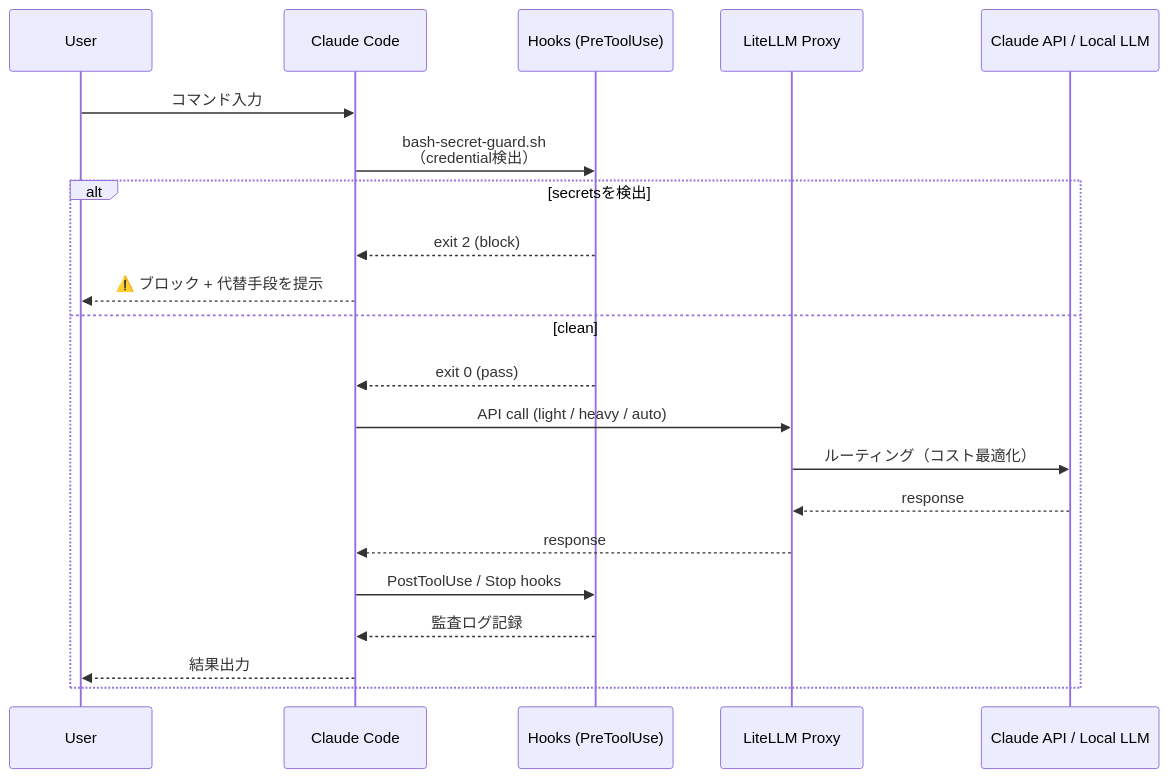
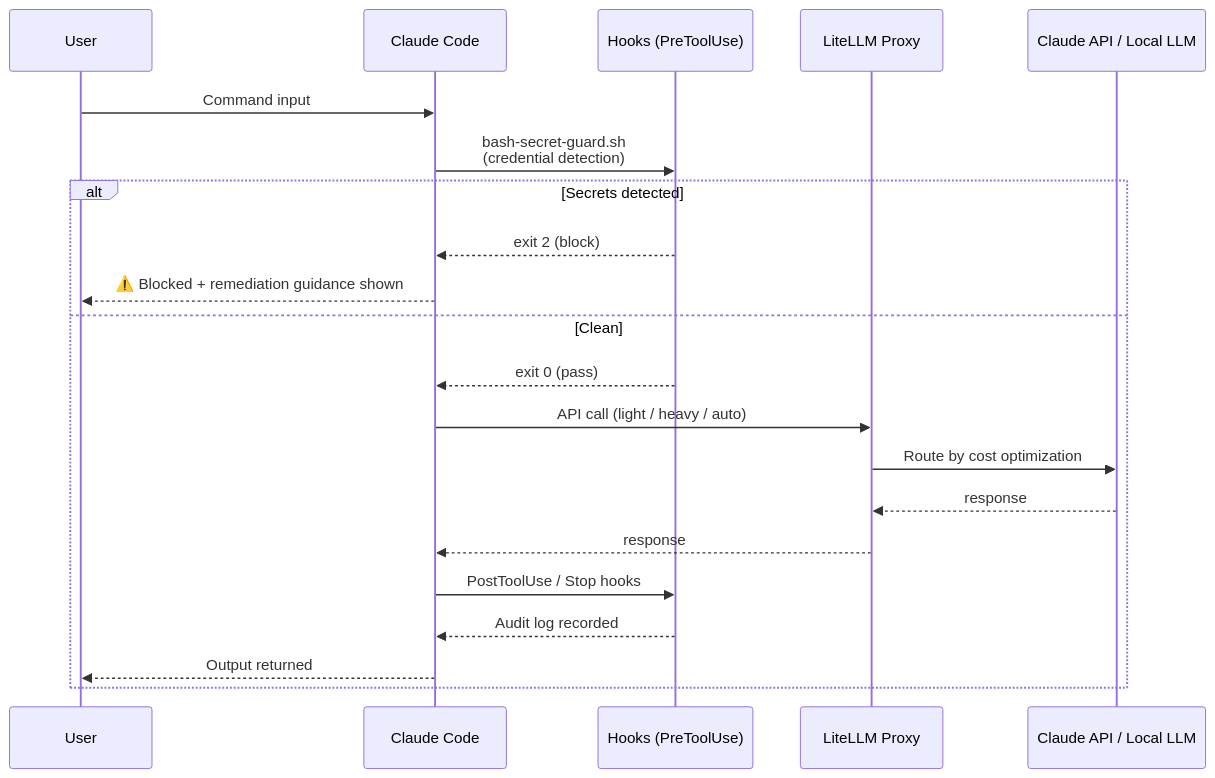
The first of 3 diagrams in docs/architecture.md (tiktax/ai-infra-portfolio), drawn with Mermaid before and after one commit. The commit also changed other lines of this file and 1 other file, not shown here.

Commit message:
docs: full English conversion — achievements, policy, architecture

````diff
--- a/docs/architecture.md
+++ b/docs/architecture.md
@@ -9,24 +9,24 @@
 ```mermaid
 sequenceDiagram
     participant U as User
     participant CC as Claude Code
     participant H as Hooks (PreToolUse)
     participant LLM as LiteLLM Proxy
     participant API as Claude API / Local LLM
 
-    U->>CC: コマンド入力
-    CC->>H: bash-secret-guard.sh<br/>（credential検出）
-    alt secretsを検出
+    U->>CC: Command input
+    CC->>H: bash-secret-guard.sh<br/>(credential detection)
+    alt Secrets detected
         H-->>CC: exit 2 (block)
-        CC-->>U: ⚠️ ブロック + 代替手段を提示
-    else clean
+        CC-->>U: ⚠️ Blocked + remediation guidance shown
+    else Clean
         H-->>CC: exit 0 (pass)
         CC->>LLM: API call (light / heavy / auto)
-        LLM->>API: ルーティング（コスト最適化）
+        LLM->>API: Route by cost optimization
         API-->>LLM: response
         LLM-->>CC: response
         CC->>H: PostToolUse / Stop hooks
-        H-->>CC: 監査ログ記録
-        CC-->>U: 結果出力
+        H-->>CC: Audit log recorded
+        CC-->>U: Output returned
     end
 ```
````
